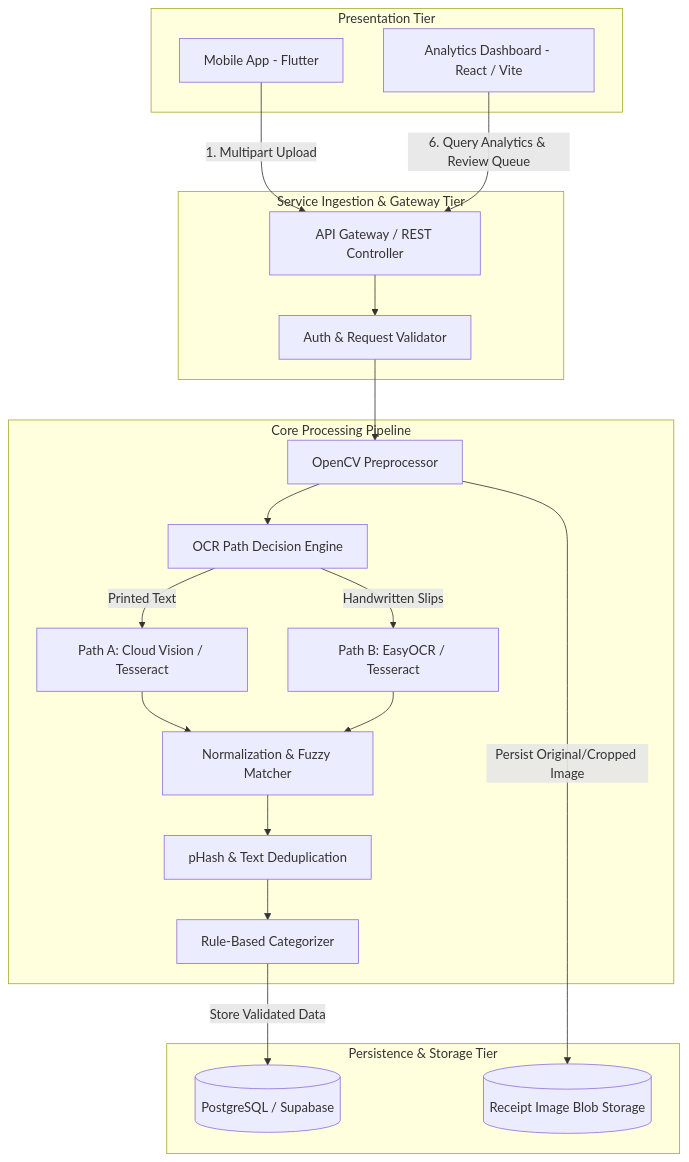
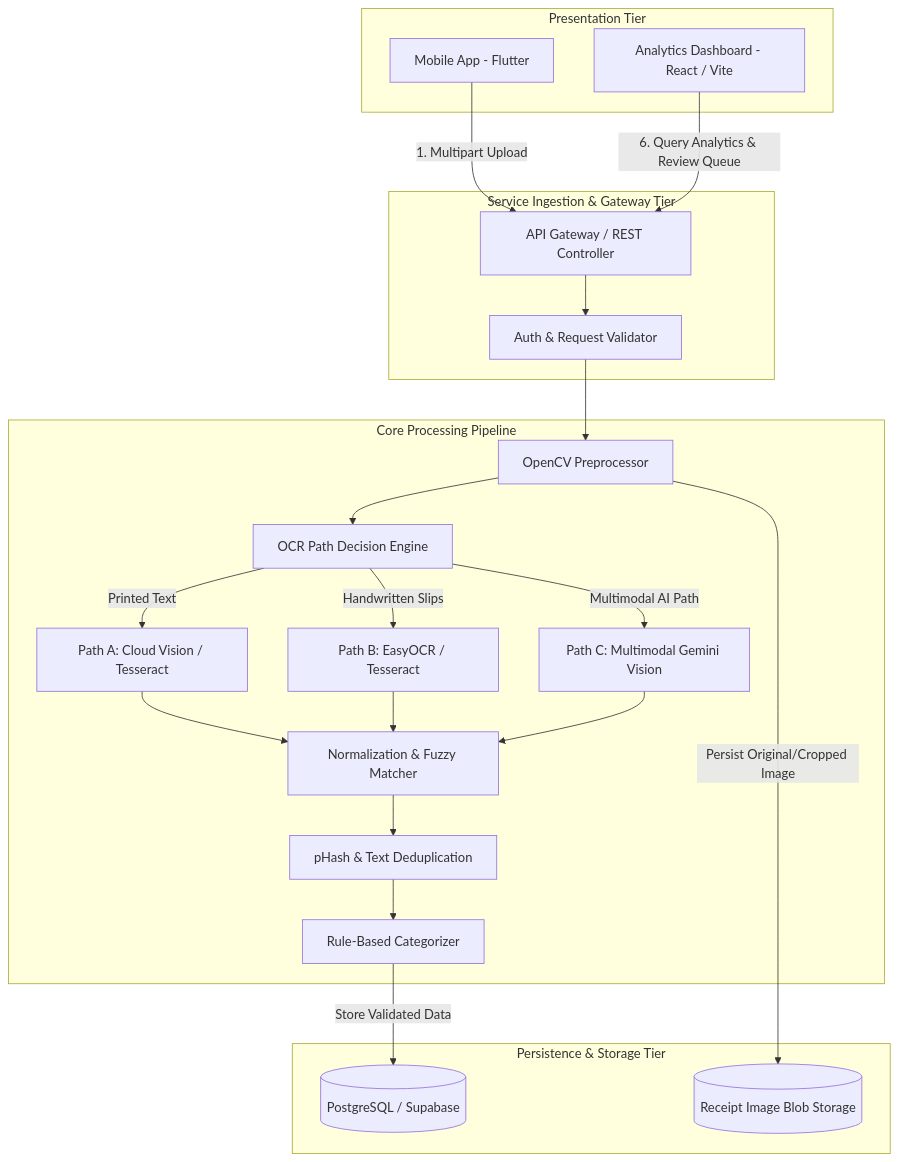
One commit to Asad101001/ReceiptLedger changed the first of 2 diagrams in docs/specifications/03_SDS.md. Above: the diagram before and after it, drawn with Mermaid. The commit also changed other lines of this file and 19 other files, not shown here.

````diff
--- a/docs/specifications/03_SDS.md
+++ b/docs/specifications/03_SDS.md
@@ -15,39 +15,42 @@
 ```mermaid
 flowchart TD
     subgraph ClientLayer [Presentation Tier]
         MA[Mobile App - Flutter]
         RD[Analytics Dashboard - React / Vite]
     end
 
     subgraph APILayer [Service Ingestion & Gateway Tier]
         GW[API Gateway / REST Controller]
         AUTH[Auth & Request Validator]
     end
 
     subgraph PipelineLayer [Core Processing Pipeline]
         PRE[OpenCV Preprocessor]
         ROUTER[OCR Path Decision Engine]
         OCRA[Path A: Cloud Vision / Tesseract]
         OCRB[Path B: EasyOCR / Tesseract]
+        OCRC[Path C: Multimodal Gemini Vision]
         NORM[Normalization & Fuzzy Matcher]
         DEDUP[pHash & Text Deduplication]
         CAT[Rule-Based Categorizer]
     end
 
     subgraph DataLayer [Persistence & Storage Tier]
         PG[(PostgreSQL / Supabase)]
         S3[(Receipt Image Blob Storage)]
     end
 
     MA -->|1. Multipart Upload| GW
     RD -->|6. Query Analytics & Review Queue| GW
     GW --> AUTH --> PRE
     PRE --> ROUTER
     ROUTER -->|Printed Text| OCRA
     ROUTER -->|Handwritten Slips| OCRB
+    ROUTER -->|Multimodal AI Path| OCRC
     OCRA --> NORM
     OCRB --> NORM
+    OCRC --> NORM
     NORM --> DEDUP --> CAT
     CAT -->|Store Validated Data| PG
     PRE -->|Persist Original/Cropped Image| S3
 ```
````
